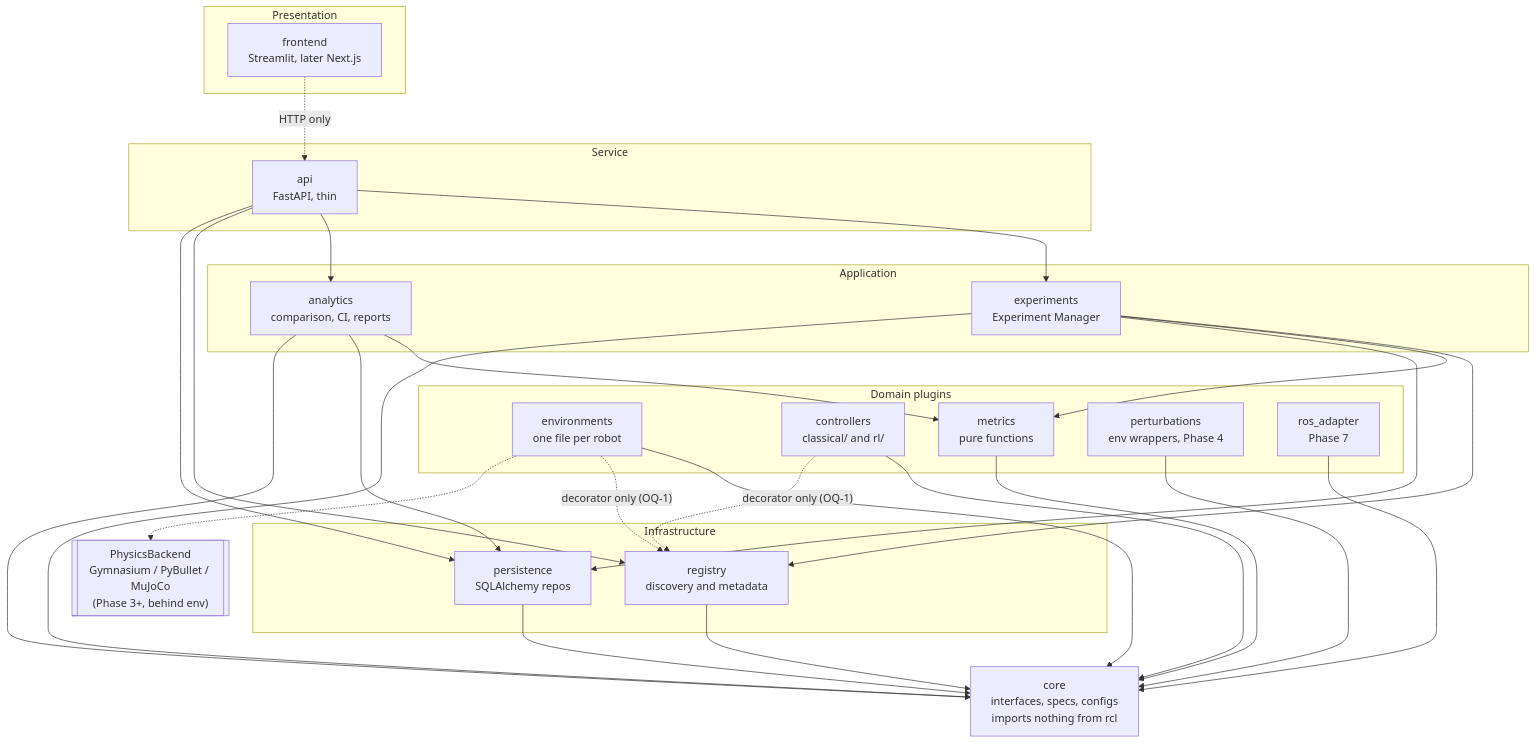
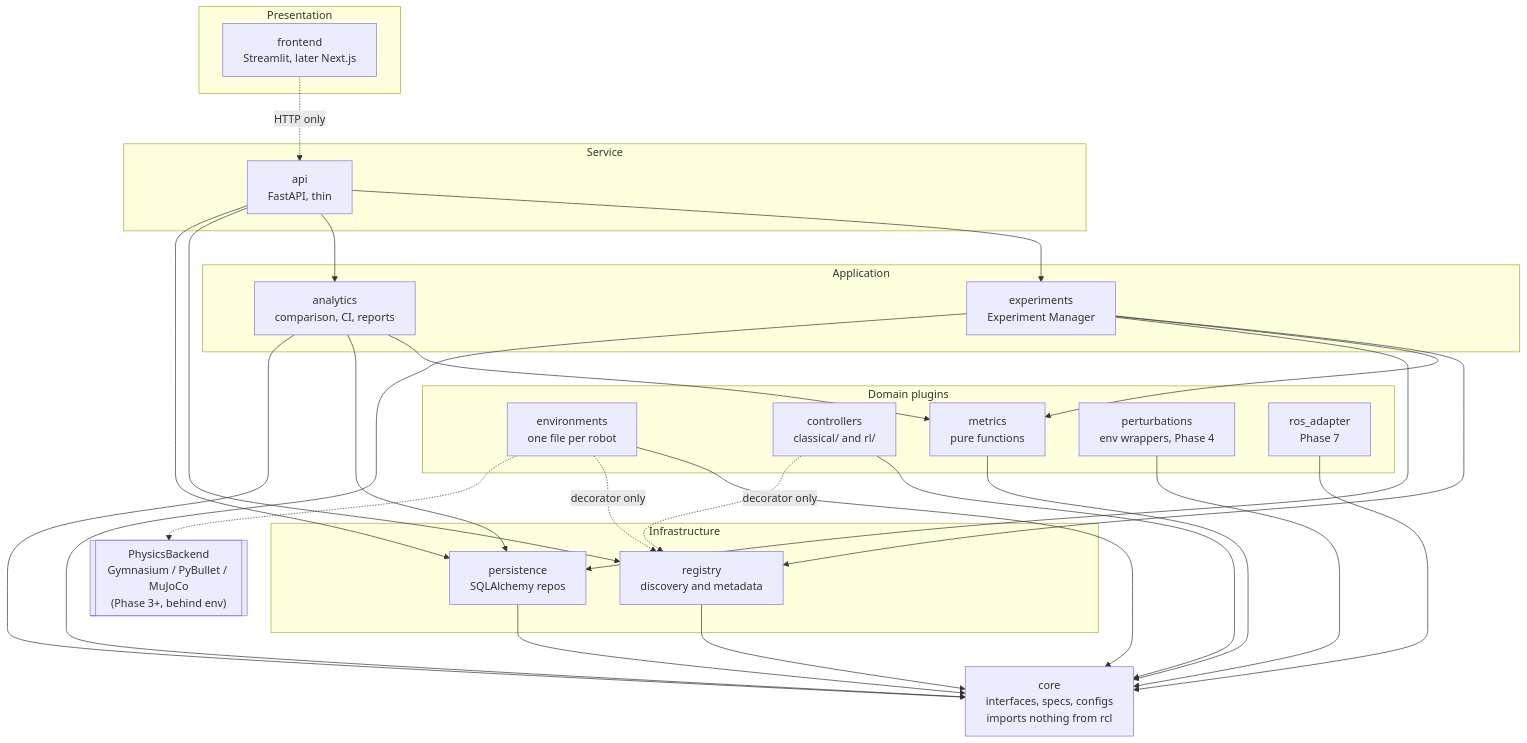
The diagram in docs/architecture/components.md (AnishKharat/RL-simulation-platform), drawn with Mermaid before and after one commit. The commit also changed other lines of this file and 7 other files, not shown here.

Commit message:
docs(docs): fix registry, sequence and spike docs; resolve registry open question

````diff
--- a/docs/architecture/components.md
+++ b/docs/architecture/components.md
@@ -7,49 +7,49 @@
 ```mermaid
 flowchart TD
     subgraph L5["Presentation"]
         FE["frontend<br/>Streamlit, later Next.js"]
     end
     subgraph L4["Service"]
         API["api<br/>FastAPI, thin"]
     end
     subgraph L3["Application"]
         EXP["experiments<br/>Experiment Manager"]
         ANA["analytics<br/>comparison, CI, reports"]
     end
     subgraph L2["Domain plugins"]
         ENV["environments<br/>one file per robot"]
         CTL["controllers<br/>classical/ and rl/"]
         MET["metrics<br/>pure functions"]
         PER["perturbations<br/>env wrappers, Phase 4"]
         ROS["ros_adapter<br/>Phase 7"]
     end
     subgraph L1["Infrastructure"]
         REG["registry<br/>discovery and metadata"]
         PST["persistence<br/>SQLAlchemy repos"]
     end
     CORE["core<br/>interfaces, specs, configs<br/>imports nothing from rcl"]
     PHY[["PhysicsBackend<br/>Gymnasium / PyBullet / MuJoCo<br/>(Phase 3+, behind env)"]]
 
     FE -. "HTTP only" .-> API
     API --> EXP
     API --> ANA
     API --> REG
     API --> PST
     EXP --> REG
     EXP --> MET
     EXP --> PST
     EXP --> CORE
     ANA --> MET
     ANA --> PST
     ANA --> CORE
     ENV --> CORE
     CTL --> CORE
-    ENV -. "decorator only (OQ-1)" .-> REG
-    CTL -. "decorator only (OQ-1)" .-> REG
+    ENV -. "decorator only" .-> REG
+    CTL -. "decorator only" .-> REG
     MET --> CORE
     PST --> CORE
     REG --> CORE
     PER --> CORE
     ROS --> CORE
     ENV -.-> PHY
 ```
````
